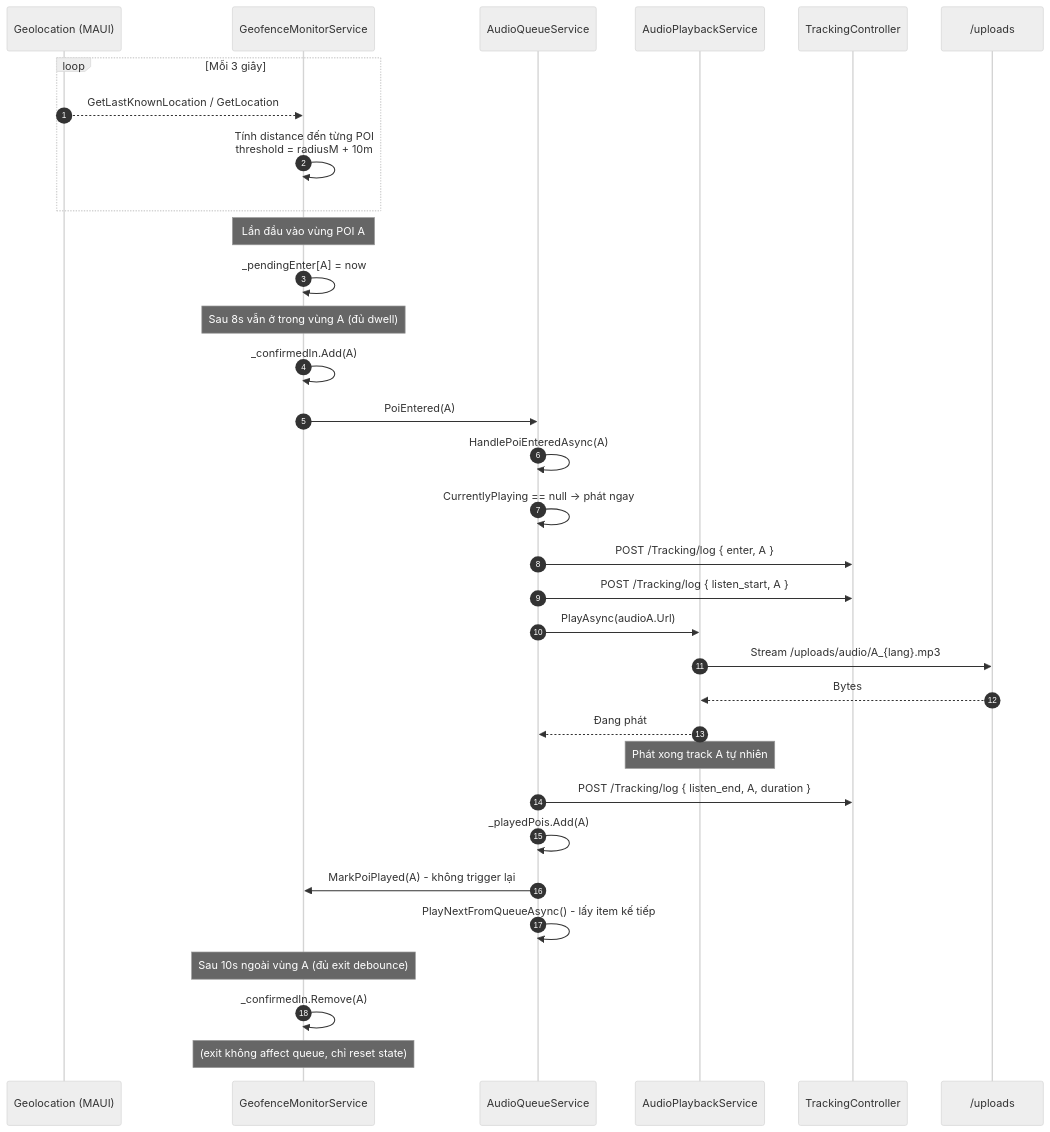
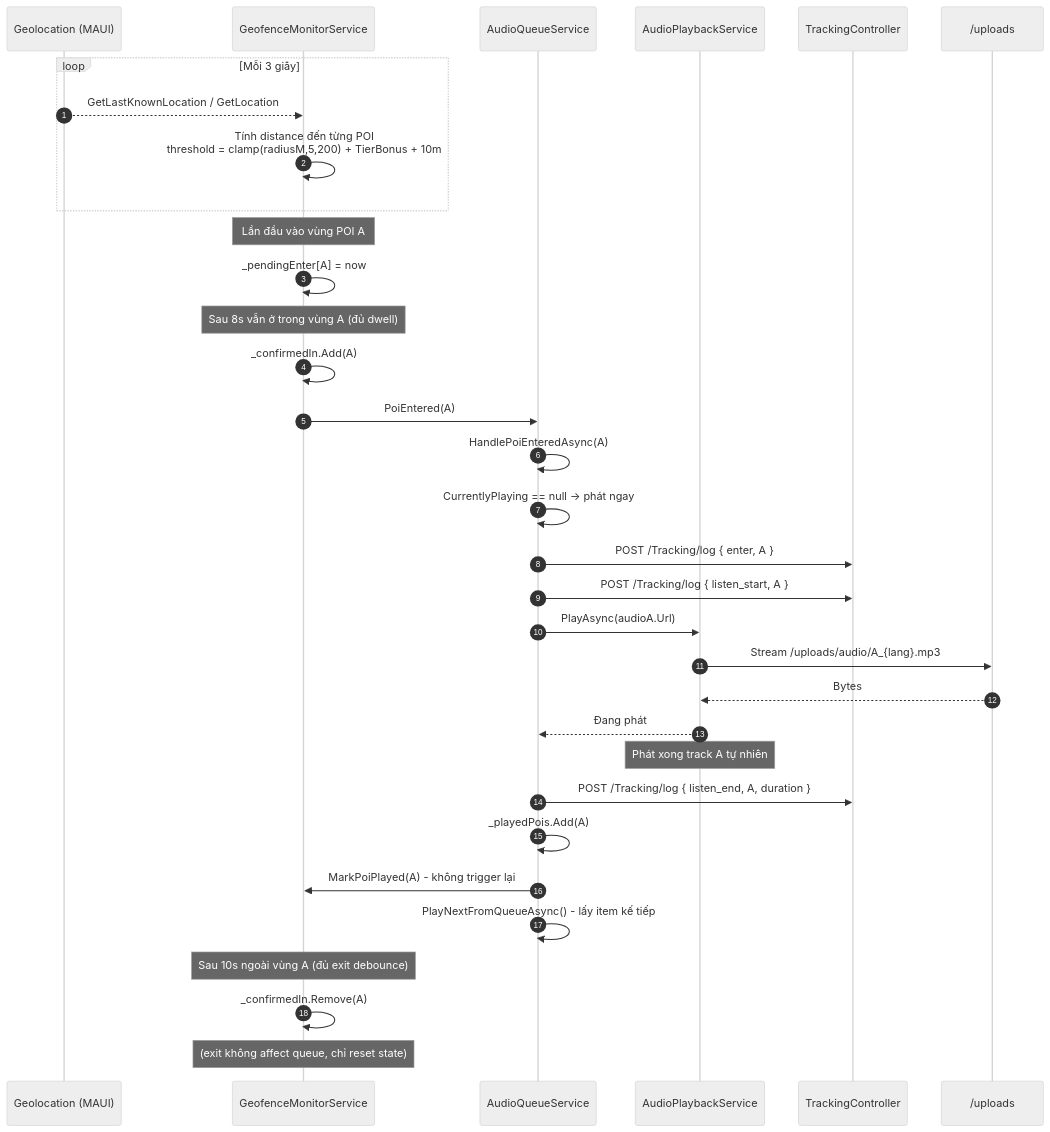
The fourth of 22 diagrams in PRD.md (hoangvvu/VinhKhanhFoodTour), drawn with Mermaid (neutral theme) before and after one commit. The commit also changed other lines of this file and 61 other files, not shown here.

````diff
--- a/PRD.md
+++ b/PRD.md
@@ -436,41 +439,41 @@
 ```mermaid
 sequenceDiagram
     autonumber
     participant GPS as Geolocation (MAUI)
     participant Geo as GeofenceMonitorService
     participant Q as AudioQueueService
     participant Play as AudioPlaybackService
     participant Track as TrackingController
     participant FS as /uploads
 
     loop Mỗi 3 giây
         GPS-->>Geo: GetLastKnownLocation / GetLocation
-        Geo->>Geo: Tính distance đến từng POI<br/>threshold = radiusM + 10m
+        Geo->>Geo: Tính distance đến từng POI<br/>threshold = clamp(radiusM,5,200) + TierBonus + 10m
     end
 
     Note over Geo: Lần đầu vào vùng POI A
     Geo->>Geo: _pendingEnter[A] = now
 
     Note over Geo: Sau 8s vẫn ở trong vùng A (đủ dwell)
     Geo->>Geo: _confirmedIn.Add(A)
     Geo->>Q: PoiEntered(A)
 
     Q->>Q: HandlePoiEnteredAsync(A)
     Q->>Q: CurrentlyPlaying == null → phát ngay
     Q->>Track: POST /Tracking/log { enter, A }
     Q->>Track: POST /Tracking/log { listen_start, A }
     Q->>Play: PlayAsync(audioA.Url)
     Play->>FS: Stream /uploads/audio/A_{lang}.mp3
     FS-->>Play: Bytes
     Play-->>Q: Đang phát
 
     Note over Play: Phát xong track A tự nhiên
     Q->>Track: POST /Tracking/log { listen_end, A, duration }
     Q->>Q: _playedPois.Add(A)
     Q->>Geo: MarkPoiPlayed(A) - không trigger lại
     Q->>Q: PlayNextFromQueueAsync() - lấy item kế tiếp
 
     Note over Geo: Sau 10s ngoài vùng A (đủ exit debounce)
     Geo->>Geo: _confirmedIn.Remove(A)
     Note over Geo: (exit không affect queue, chỉ reset state)
 ```
````
